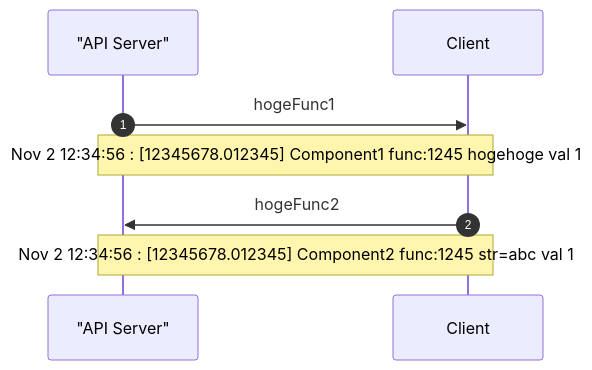
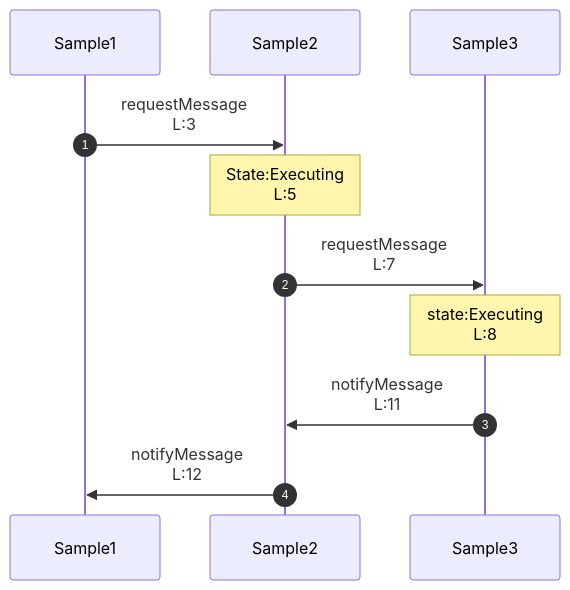
Before and after one commit to yusan25c/log2mermaid-cli: the diagram in example/diagram.mmd, drawn with Mermaid. The commit also changed 6 other files, not shown here.

```diff
--- a/example/diagram.mmd
+++ b/example/diagram.mmd
@@ -1,8 +1,11 @@
 sequenceDiagram
     autonumber
-    participant P1 as "API Server"
-    participant Client
-    P1 ->> Client: hogeFunc1
-    Note over P1,Client: Nov  2 12:34:56 : [12345678.012345] Component1 func:1245 hogehoge val 1
-    Client ->> P1: hogeFunc2
-    Note over Client,P1: Nov  2 12:34:56 : [12345678.012345] Component2 func:1245 str=abc val 1
+    participant Sample1
+    participant Sample2
+    participant Sample3
+    Sample1 ->> Sample2: requestMessage<br/>L:3
+    Note over Sample2: State:Executing<br/>L:5
+    Sample2 ->> Sample3: requestMessage<br/>L:7
+    Note over Sample3: state:Executing<br/>L:8
+    Sample3 ->> Sample2: notifyMessage<br/>L:11
+    Sample2 ->> Sample1: notifyMessage<br/>L:12
```
